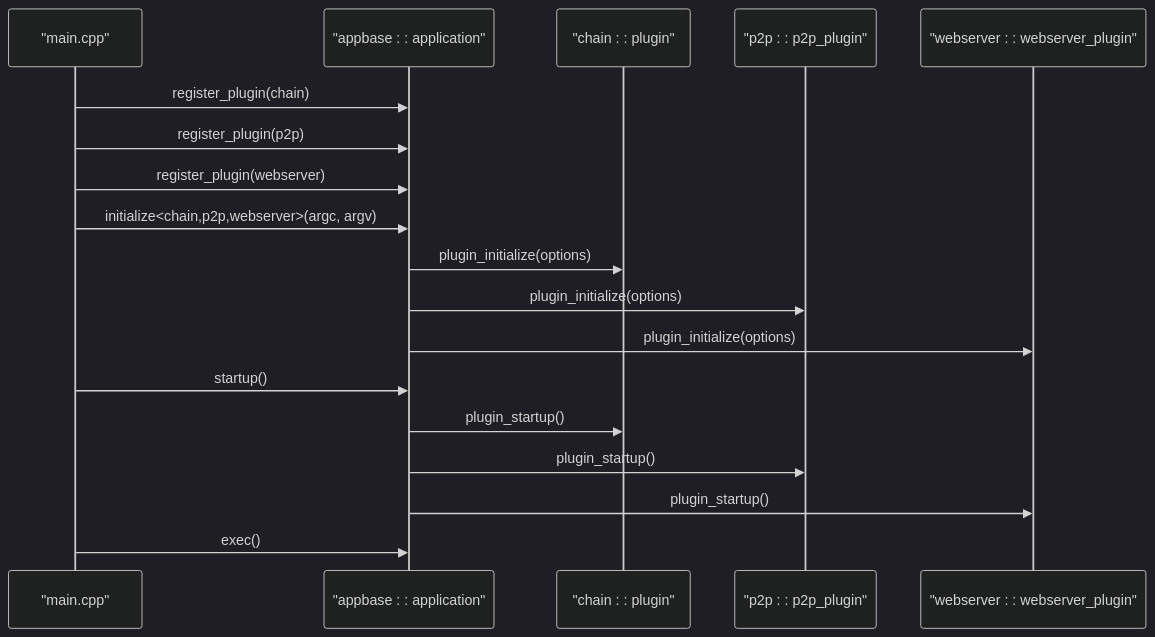
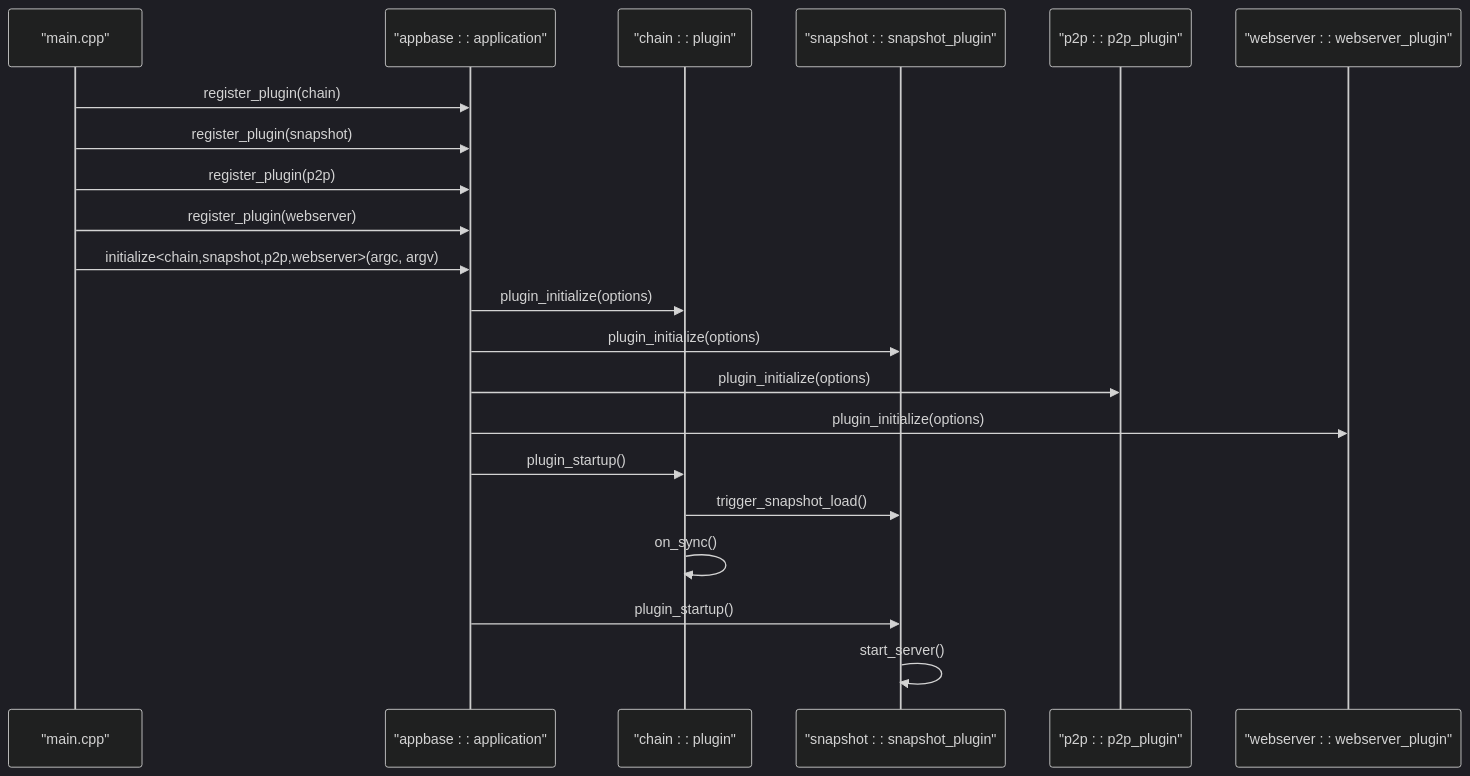
The second of 6 diagrams in .qoder/repowiki/en/content/Architecture Overview/Plugin Architecture/Plugin Lifecycle and Registration.md (VIZ-Blockchain/viz-cpp-node), drawn with Mermaid (dark theme) before and after one commit. The commit also changed other lines of this file and 4 other files, not shown here.

First line of the commit message:
docs(snapshot_plugin): enhance plugin lifecycle and coordination with chain plugin

````diff
--- a/.qoder/repowiki/en/content/Architecture Overview/Plugin Architecture/Plugin Lifecycle and Registration.md
+++ b/.qoder/repowiki/en/content/Architecture Overview/Plugin Architecture/Plugin Lifecycle and Registration.md
@@ -68,20 +93,23 @@
 ```mermaid
 sequenceDiagram
 participant Main as "main.cpp"
 participant App as "appbase : : application"
 participant Chain as "chain : : plugin"
+participant Snapshot as "snapshot : : snapshot_plugin"
 participant P2P as "p2p : : p2p_plugin"
 participant WS as "webserver : : webserver_plugin"
 Main->>App : register_plugin(chain)
+Main->>App : register_plugin(snapshot)
 Main->>App : register_plugin(p2p)
 Main->>App : register_plugin(webserver)
-Main->>App : initialize<chain,p2p,webserver>(argc, argv)
+Main->>App : initialize<chain,snapshot,p2p,webserver>(argc, argv)
 App->>Chain : plugin_initialize(options)
+App->>Snapshot : plugin_initialize(options)
 App->>P2P : plugin_initialize(options)
 App->>WS : plugin_initialize(options)
-Main->>App : startup()
 App->>Chain : plugin_startup()
-App->>P2P : plugin_startup()
-App->>WS : plugin_startup()
-Main->>App : exec()
+Chain->>Snapshot : trigger_snapshot_load()
+Chain->>Chain : on_sync()
+App->>Snapshot : plugin_startup()
+Snapshot->>Snapshot : start_server()
 ```
````
